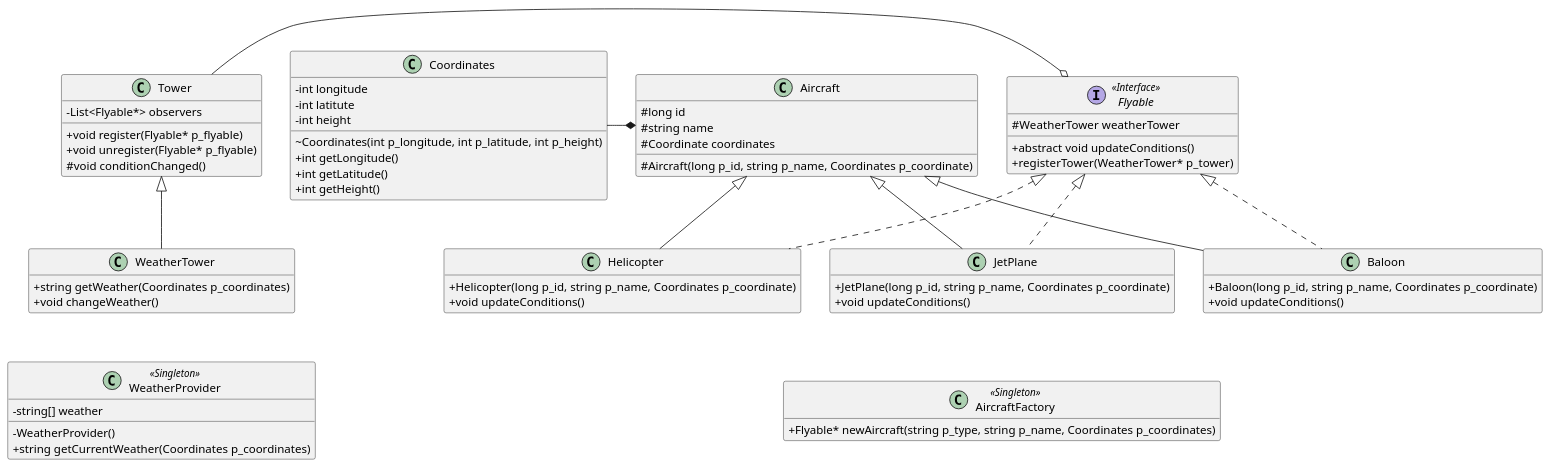
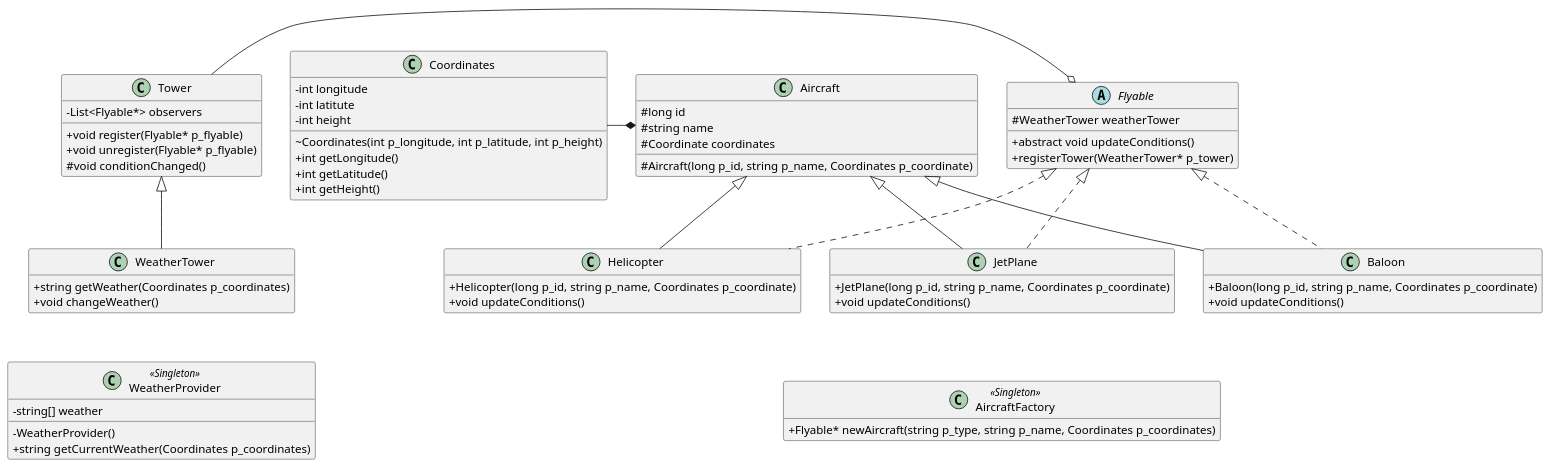
Before and after one commit to ababoum/42_avaj-launcher: the diagram in global.puml, drawn with PlantUML. The commit also changed 10 other files, not shown here.

Commit message:
update classes (uml has changed)

```diff
--- a/global.puml
+++ b/global.puml
@@ -1,88 +1,88 @@
 @startuml
 skinparam classAttributeIconSize 0
 hide empty members
 class Tower
 {
 - List<Flyable*> observers
 +void register(Flyable* p_flyable)
 +void unregister(Flyable* p_flyable)
 #void conditionChanged()
 }
 
 class WeatherTower
 {
 +string getWeather(Coordinates p_coordinates)
 +void changeWeather()
 }
 
 class WeatherProvider <<Singleton>>
 {
 -string[] weather
 -WeatherProvider()
 +string getCurrentWeather(Coordinates p_coordinates)
 }
 
 class Coordinates
 {
 -int longitude
 -int latitute
 -int height
 ~Coordinates(int p_longitude, int p_latitude, int p_height)
 +int getLongitude()
 +int getLatitude()
 +int getHeight()
 }
 
 class Aircraft
 {
 #long id
 #string name
 #Coordinate coordinates
 #Aircraft(long p_id, string p_name, Coordinates p_coordinate)
 }
 
-interface Flyable <<Interface>>
+abstract Flyable
 {
 #WeatherTower weatherTower
 +abstract void updateConditions()
 +registerTower(WeatherTower* p_tower)
 }
 
 class Helicopter
 {
 +Helicopter(long p_id, string p_name, Coordinates p_coordinate)
 +void updateConditions()
 }
 
 class JetPlane
 {
 +JetPlane(long p_id, string p_name, Coordinates p_coordinate)
 +void updateConditions()
 }
 
 class Baloon
 {
 +Baloon(long p_id, string p_name, Coordinates p_coordinate)
 +void updateConditions()
 }
 
 class AircraftFactory <<Singleton>>
 {
 +Flyable* newAircraft(string p_type, string p_name, Coordinates p_coordinates)
 }
 
 Tower <|-- WeatherTower
 Tower -o Flyable
 Coordinates -* Aircraft
 Aircraft  -[hidden] Flyable 
 Aircraft <|-- Helicopter
 Aircraft <|-- JetPlane
 Aircraft <|-- Baloon
 Flyable <|.. Helicopter
 Flyable <|.. JetPlane
 Flyable <|.. Baloon
 
 JetPlane -[hidden]- AircraftFactory
 WeatherTower -[hidden]- WeatherProvider
 
 @enduml
```
